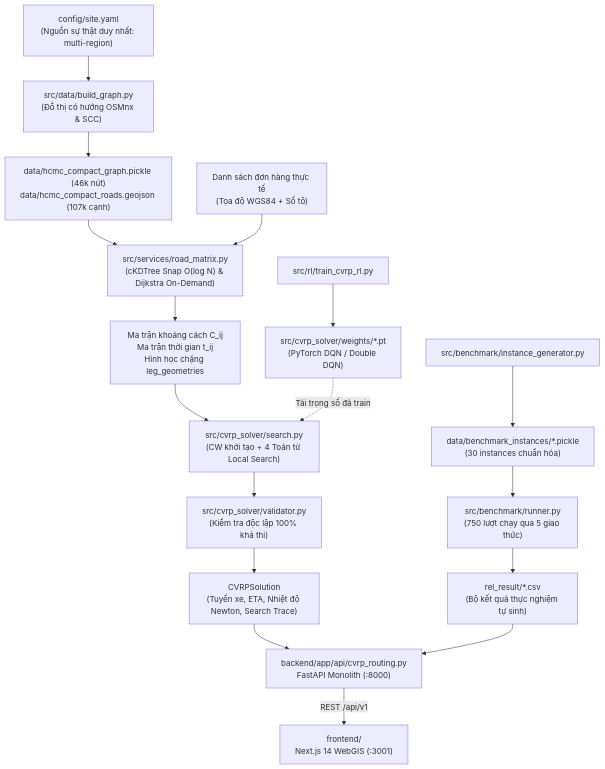
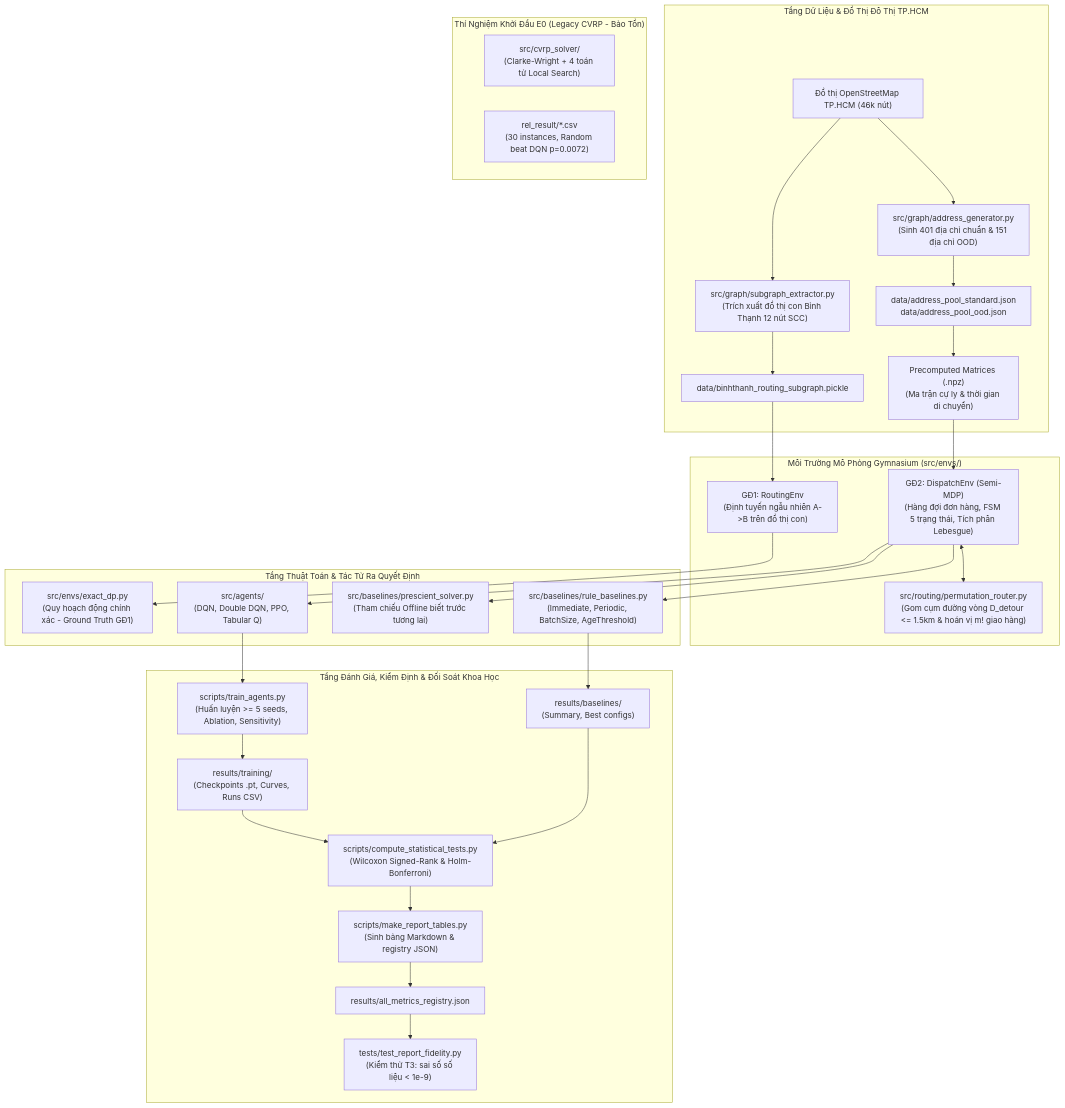
One commit to philipsgn/HotWAY changed the diagram in ARCHITECTURE.md. Above: the diagram before and after it, drawn with Mermaid. The commit also changed other lines of this file and 193 other files, not shown here.

First line of the commit message:
feat(core): HotWAY 3-tier routing research & Swiss Minimalist WebGIS demo

````diff
--- a/ARCHITECTURE.md
+++ b/ARCHITECTURE.md
@@ -12,26 +12,53 @@
 ```mermaid
 flowchart TD
-    Config["config/site.yaml\n(Nguồn sự thật duy nhất: multi-region)"] --> GraphBuilder["src/data/build_graph.py\n(Đồ thị có hướng OSMnx & SCC)"]
-    GraphBuilder --> GraphArtifacts["data/hcmc_compact_graph.pickle (46k nút)\ndata/hcmc_compact_roads.geojson (107k cạnh)"]
-    
-    GraphArtifacts --> MatrixService["src/services/road_matrix.py\n(cKDTree Snap O(log N) & Dijkstra On-Demand)"]
-    
-    Gen["src/benchmark/instance_generator.py"] --> Instances["data/benchmark_instances/*.pickle\n(30 instances chuẩn hóa)"]
-    Instances --> Runner["src/benchmark/runner.py\n(750 lượt chạy qua 5 giao thức)"]
-    
-    Orders["Danh sách đơn hàng thực tế\n(Tọa độ WGS84 + Số tô)"] --> MatrixService
-    MatrixService --> CostMatrix["Ma trận khoảng cách C_ij\nMa trận thời gian t_ij\nHình học chặng leg_geometries"]
-    
-    CostMatrix --> Solver["src/cvrp_solver/search.py\n(CW khởi tạo + 4 Toán tử Local Search)"]
-    Trainer["src/rl/train_cvrp_rl.py"] --> Weights["src/cvrp_solver/weights/*.pt\n(PyTorch DQN / Double DQN)"]
-    Weights -.->|Tải trọng số đã train| Solver
-    
-    Solver --> Validator["src/cvrp_solver/validator.py\n(Kiểm tra độc lập 100% khả thi)"]
-    Validator --> Solution["CVRPSolution\n(Tuyến xe, ETA, Nhiệt độ Newton, Search Trace)"]
-    
-    Solution --> FastAPI["backend/app/api/cvrp_routing.py\nFastAPI Monolith (:8000)"]
-    Runner --> BenchmarkCSV["rel_result/*.csv\n(Bộ kết quả thực nghiệm tự sinh)"]
-    BenchmarkCSV --> FastAPI
-    
-    FastAPI -->|REST /api/v1| NextUI["frontend/\nNext.js 14 WebGIS (:3001)"]
+    subgraph S1["Tầng Dữ Liệu & Đồ Thị Đô Thị TP.HCM"]
+        OSM["Đồ thị OpenStreetMap TP.HCM (46k nút)"]
+        SubExt["src/graph/subgraph_extractor.py\n(Trích xuất đồ thị con Bình Thạnh 12 nút SCC)"]
+        AddrGen["src/graph/address_generator.py\n(Sinh 401 địa chỉ chuẩn & 151 địa chỉ OOD)"]
+        MatPre["Precomputed Matrices (.npz)\n(Ma trận cự ly & thời gian di chuyển)"]
+        
+        OSM --> SubExt --> SubGraph["data/binhthanh_routing_subgraph.pickle"]
+        OSM --> AddrGen --> AddrPools["data/address_pool_standard.json\ndata/address_pool_ood.json"]
+        AddrPools --> MatPre
+    end
+
+    subgraph S2["Môi Trường Mô Phỏng Gymnasium (src/envs/)"]
+        R_Env["GĐ1: RoutingEnv\n(Định tuyến ngẫu nhiên A->B trên đồ thị con)"]
+        D_Env["GĐ2: DispatchEnv (Semi-MDP)\n(Hàng đợi đơn hàng, FSM 5 trạng thái, Tích phân Lebesgue)"]
+        Router["src/routing/permutation_router.py\n(Gom cụm đường vòng D_detour <= 1.5km & hoán vị m! giao hàng)"]
+        
+        SubGraph --> R_Env
+        MatPre --> D_Env
+        D_Env <--> Router
+    end
+
+    subgraph S3["Tầng Thuật Toán & Tác Tử Ra Quyết Định"]
+        DP["src/envs/exact_dp.py\n(Quy hoạch động chính xác - Ground Truth GĐ1)"]
+        RuleBase["src/baselines/rule_baselines.py\n(Immediate, Periodic, BatchSize, AgeThreshold)"]
+        Prescient["src/baselines/prescient_solver.py\n(Tham chiếu Offline biết trước tương lai)"]
+        RL_Agents["src/agents/\n(DQN, Double DQN, PPO, Tabular Q)"]
+        
+        R_Env --> DP
+        D_Env --> RuleBase
+        D_Env --> Prescient
+        D_Env --> RL_Agents
+    end
+
+    subgraph S4["Tầng Đánh Giá, Kiểm Định & Đối Soát Khoa Học"]
+        TrainScript["scripts/train_agents.py\n(Huấn luyện >= 5 seeds, Ablation, Sensitivity)"]
+        EvalScript["scripts/compute_statistical_tests.py\n(Wilcoxon Signed-Rank & Holm-Bonferroni)"]
+        DocScript["scripts/make_report_tables.py\n(Sinh bảng Markdown & registry JSON)"]
+        TestFidelity["tests/test_report_fidelity.py\n(Kiểm thử T3: sai số số liệu < 1e-9)"]
+        
+        RL_Agents --> TrainScript --> Results["results/training/\n(Checkpoints .pt, Curves, Runs CSV)"]
+        RuleBase --> BaseResults["results/baselines/\n(Summary, Best configs)"]
+        Results & BaseResults --> EvalScript
+        EvalScript --> DocScript --> Registry["results/all_metrics_registry.json"]
+        Registry --> TestFidelity
+    end
+
+    subgraph S5["Thí Nghiệm Khởi Đầu E0 (Legacy CVRP - Bảo Tồn)"]
+        OldSolver["src/cvrp_solver/\n(Clarke-Wright + 4 toán tử Local Search)"]
+        OldResults["rel_result/*.csv\n(30 instances, Random beat DQN p=0.0072)"]
+    end
 ```
````
